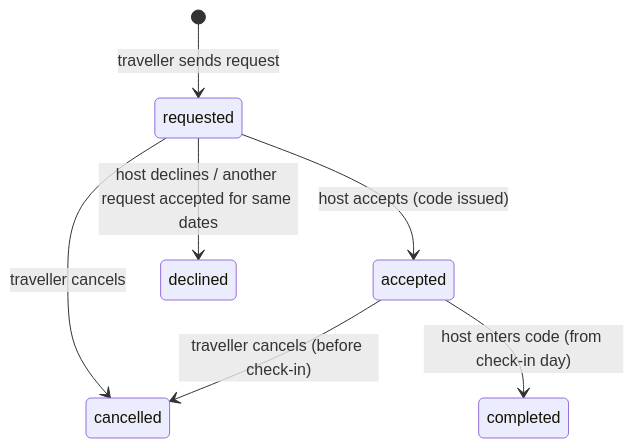
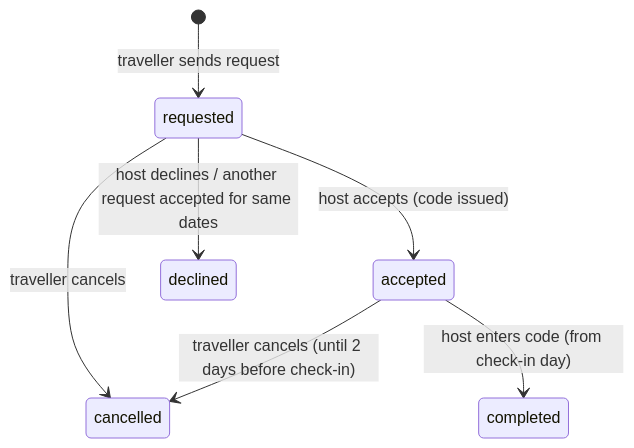
One commit to asmRakibulHasan/otithi-web changed the second of 2 diagrams in ARCHITECTURE.md. Above: the diagram before and after it, drawn with Mermaid. The commit also changed other lines of this file and 27 other files, not shown here.

````diff
--- a/ARCHITECTURE.md
+++ b/ARCHITECTURE.md
@@ -296,9 +313,9 @@
 ```mermaid
 stateDiagram-v2
     [*] --> requested: traveller sends request
     requested --> accepted: host accepts (code issued)
     requested --> declined: host declines / another request accepted for same dates
     requested --> cancelled: traveller cancels
-    accepted --> cancelled: traveller cancels (before check-in)
+    accepted --> cancelled: traveller cancels (until 2 days before check-in)
     accepted --> completed: host enters code (from check-in day)
 ```
````
